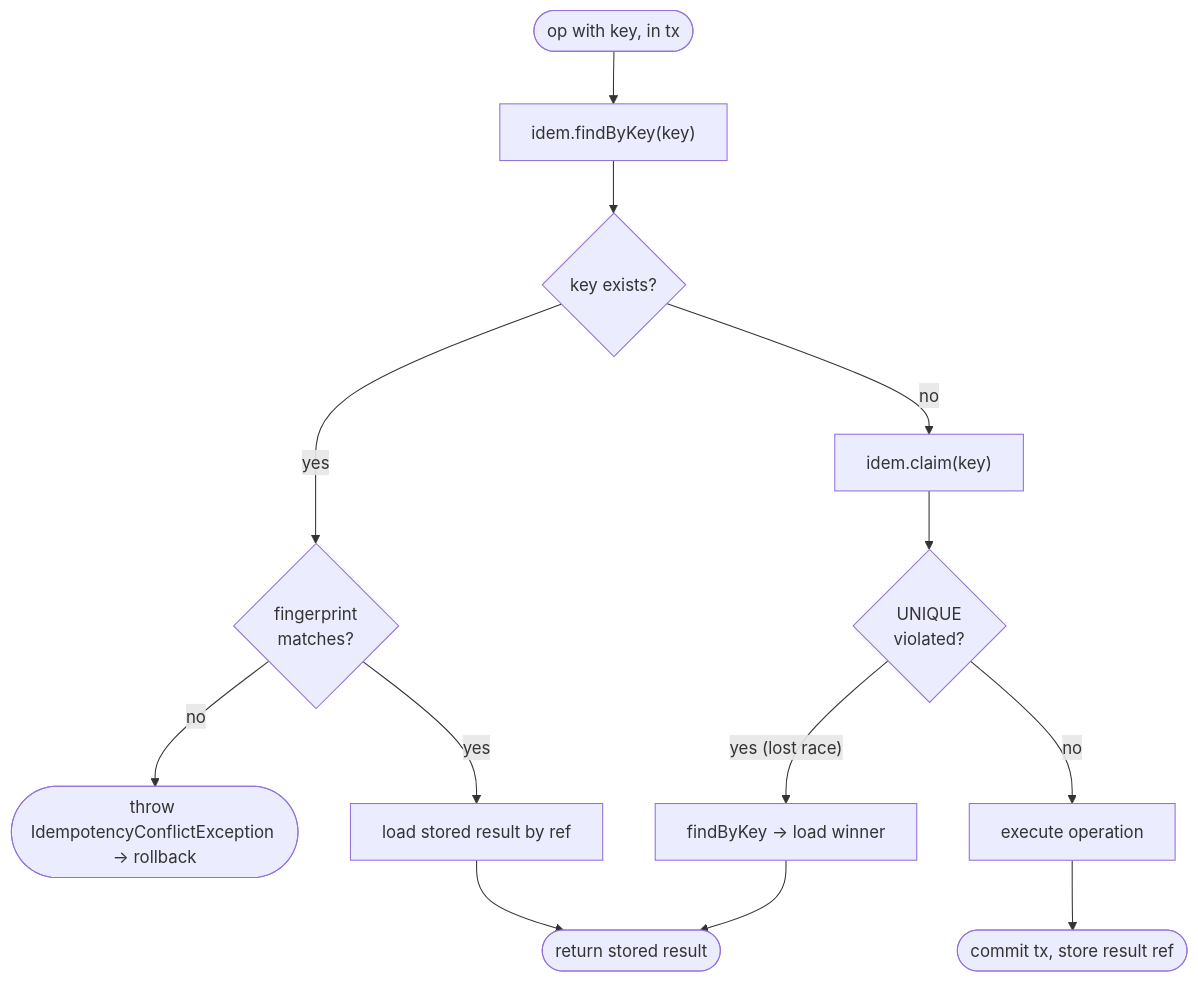
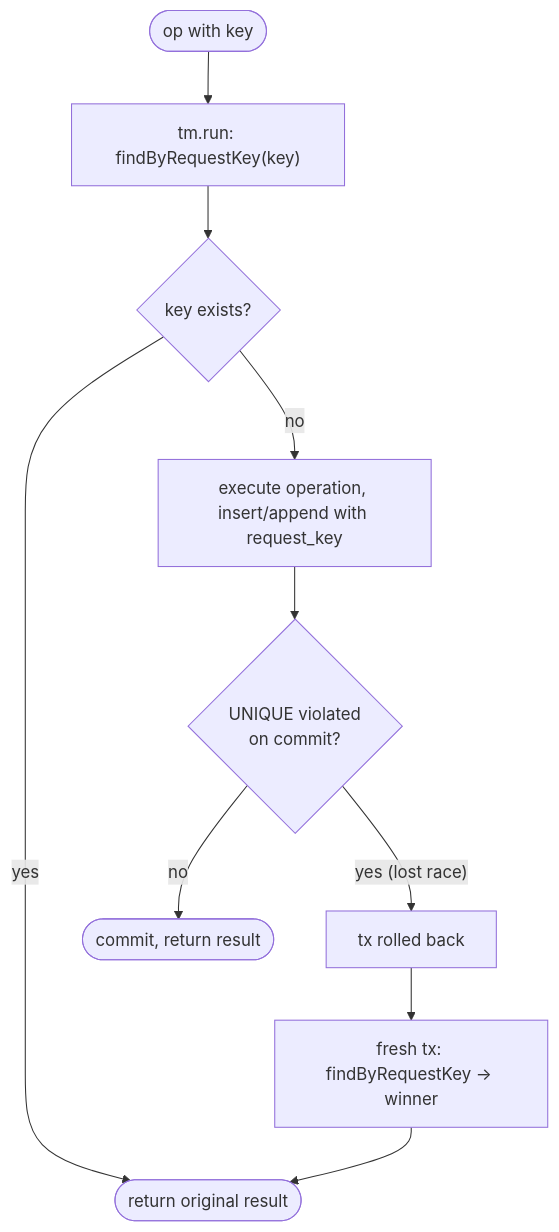
One commit to ngaikkeung/firstcircle-banking changed the seventh of 7 diagrams in doc/operation-flows.md. Above: the diagram before and after it, drawn with Mermaid. The commit also changed other lines of this file and 19 other files, not shown here.

First line of the commit message:
refactor: simplify idempotency — store request key on entity

````diff
--- a/doc/operation-flows.md
+++ b/doc/operation-flows.md
@@ -192,13 +192,11 @@
 ```mermaid
 flowchart TD
-    Start([op with key, in tx]) --> Find["idem.findByKey(key)"]
-    Find --> Exists?{"key exists?"}
-    Exists? -->|"yes"| Fp{"fingerprint<br/>matches?"}
-    Fp -->|"no"| Conflict(["throw IdempotencyConflictException → rollback"])
-    Fp -->|"yes"| Load["load stored result by ref"]
-    Load --> Replay([return stored result])
-    Exists? -->|"no"| Claim["idem.claim(key)"]
-    Claim --> Race?{"UNIQUE<br/>violated?"}
-    Race? -->|"yes (lost race)"| Find2["findByKey → load winner"] --> Replay
-    Race? -->|"no"| Work["execute operation"] --> Commit([commit tx, store result ref])
+    Start([op with key]) --> Try["tm.run: findByRequestKey(key)"]
+    Try --> Exists?{"key exists?"}
+    Exists? -->|"yes"| Replay([return original result])
+    Exists? -->|"no"| Work["execute operation, insert/append with request_key"]
+    Work --> Race?{"UNIQUE violated<br/>on commit?"}
+    Race? -->|"no"| Done([commit, return result])
+    Race? -->|"yes (lost race)"| Roll["tx rolled back"] --> Read["fresh tx: findByRequestKey → winner"]
+    Read --> Replay
 ```
````
